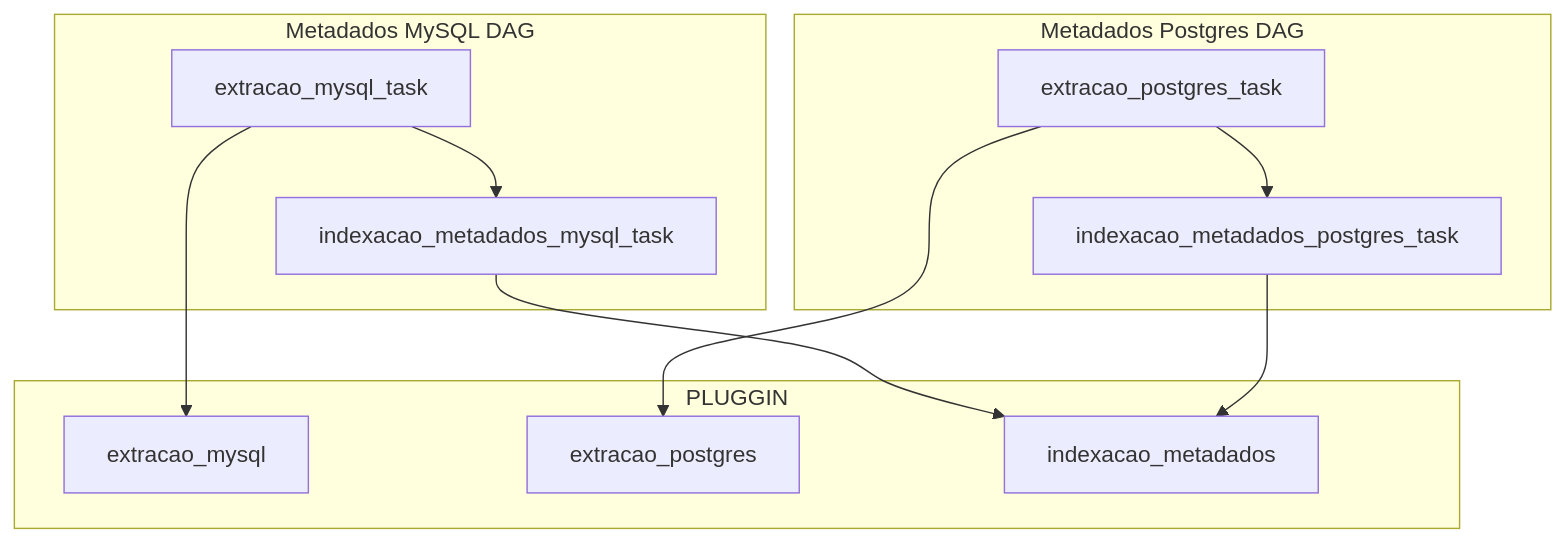
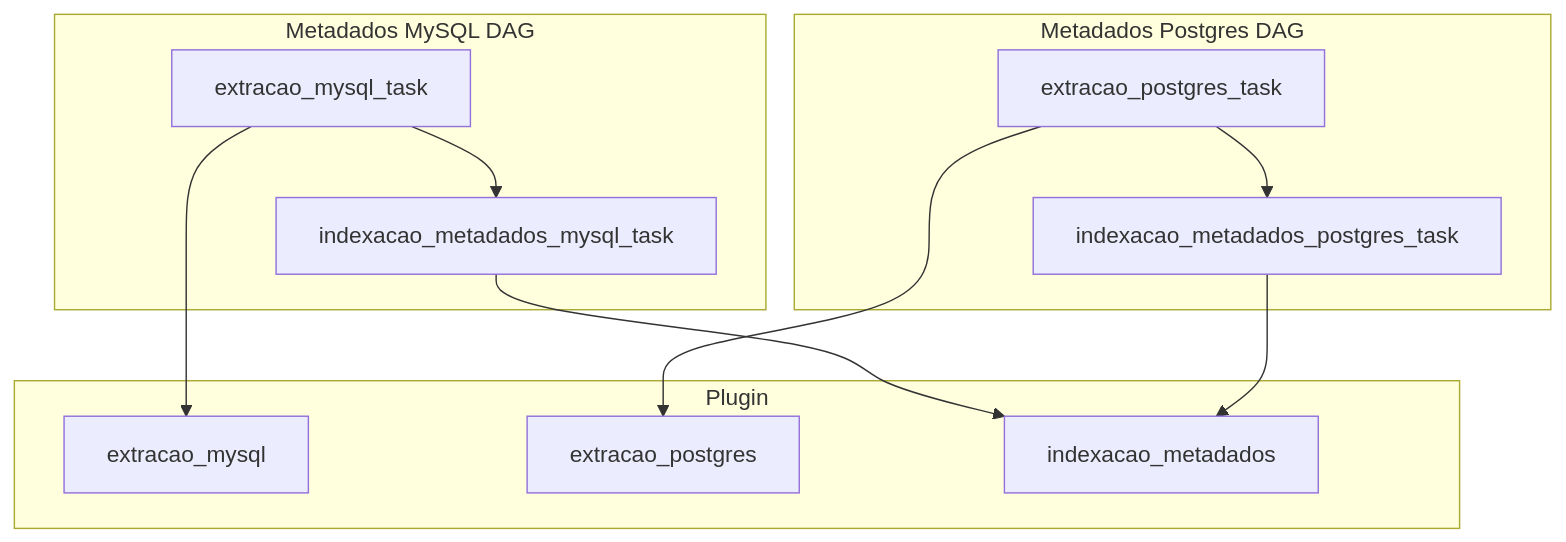
One commit to correialc/catavento changed the diagram in README.md. Above: the diagram before and after it, drawn with Mermaid. The commit also changed other lines of this file, not shown here.

````diff
--- a/README.md
+++ b/README.md
@@ -12,17 +12,17 @@
 ```mermaid
     flowchart TD
         subgraph DAG_MYSQL[Metadados MySQL DAG]
             extracao_mysql_task --> indexacao_metadados_mysql_task
         end
 
         subgraph DAG_POSTGRES[Metadados Postgres DAG]
             extracao_postgres_task --> indexacao_metadados_postgres_task
         end
 
-        subgraph PLUGGIN
+        subgraph PLUGIN[Plugin]
             extracao_mysql_task --> extracao_mysql
             extracao_postgres_task --> extracao_postgres
             indexacao_metadados_mysql_task --> indexacao_metadados
             indexacao_metadados_postgres_task --> indexacao_metadados
         end
 ```
````
